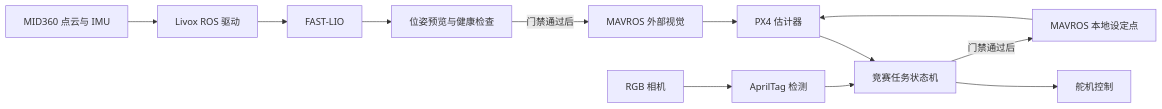
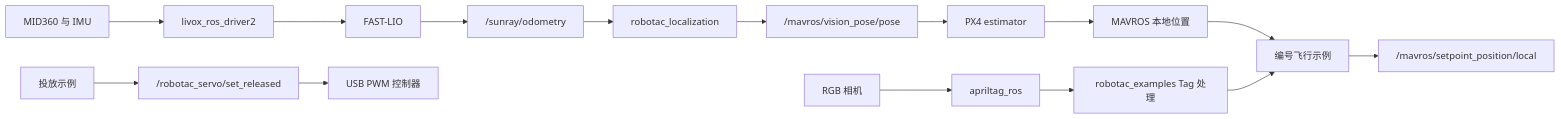
Before and after one commit to 6hao666/robotac: the diagram in docs/01-project-overview.md, drawn with Mermaid. The commit also changed other lines of this file and 206 other files, not shown here.

````diff
--- a/docs/01-project-overview.md
+++ b/docs/01-project-overview.md
@@ -57,14 +44,19 @@
 ```mermaid
 flowchart LR
-    L["MID360 点云与 IMU"] --> D["Livox ROS 驱动"]
+    L["MID360 与 IMU"] --> D["livox_ros_driver2"]
     D --> F["FAST-LIO"]
-    F --> P["位姿预览与健康检查"]
-    P -->|"门禁通过后"| V["MAVROS 外部视觉"]
-    V --> X["PX4 估计器"]
-    C["RGB 相机"] --> A["AprilTag 检测"]
-    A --> M["竞赛任务状态机"]
-    X --> M
-    M -->|"门禁通过后"| S["MAVROS 本地设定点"]
-    M --> Q["舵机控制"]
-    S --> X
+    F --> O["/sunray/odometry"]
+    O --> V["robotac_localization"]
+    V --> P["/mavros/vision_pose/pose"]
+    P --> X["PX4 estimator"]
+    X --> M["MAVROS 本地位置"]
+
+    C["RGB 相机"] --> A["apriltag_ros"]
+    A --> T["robotac_examples Tag 处理"]
+    M --> E["编号飞行示例"]
+    T --> E
+    E --> S["/mavros/setpoint_position/local"]
+
+    R["投放示例"] --> Q["/robotac_servo/set_released"]
+    Q --> H["USB PWM 控制器"]
 ```
````
